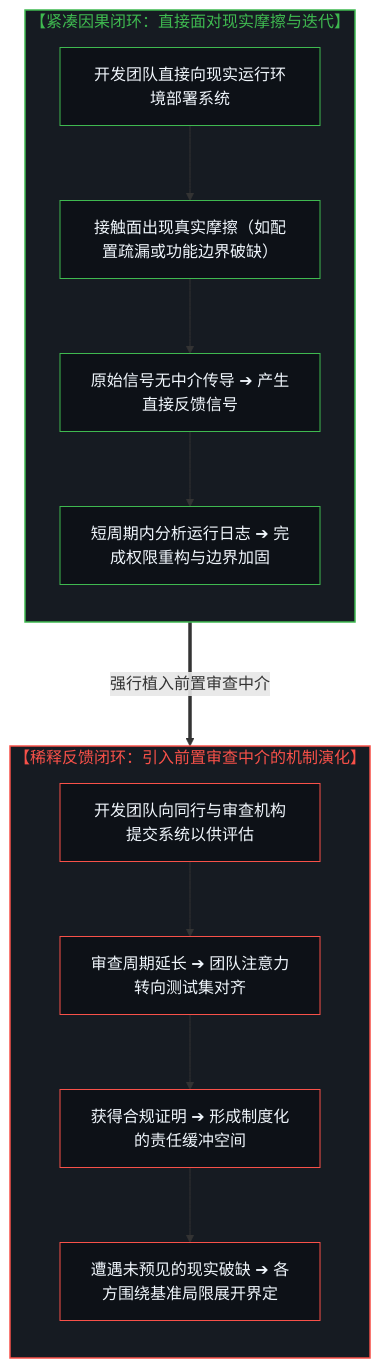
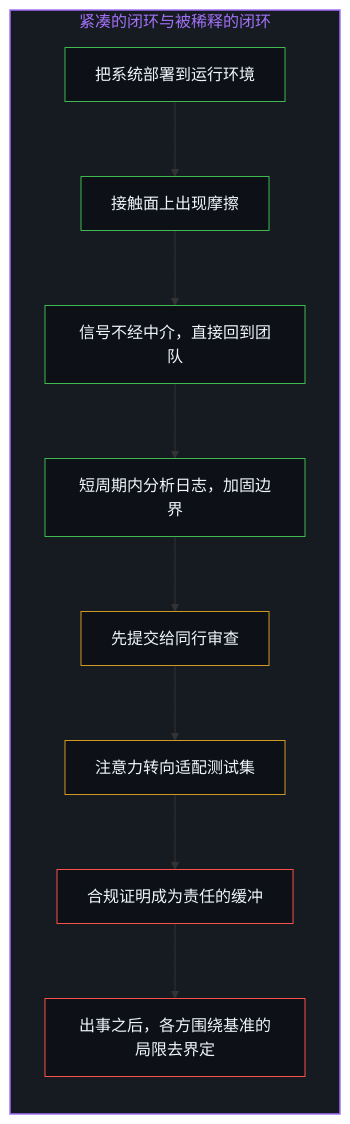
One commit to powerpig99/not-a-toe changed the third of 10 diagrams in content/posts/the-dilution-of-the-causal-loop-and-the-misallocation-of-agency.md. Above: the diagram before and after it, drawn with Mermaid. The commit also changed other lines of this file and 4 other files, not shown here.

Commit message:
Refine the-dilution-of-the-causal-loop: alternating bilingual layout, five paired diagrams, the incident as reported, implicit first person; five registry titles

````diff
--- a/content/posts/the-dilution-of-the-causal-loop-and-the-misallocation-of-agency.md
+++ b/content/posts/the-dilution-of-the-causal-loop-and-the-misallocation-of-agency.md
@@ -78,33 +95,31 @@
 ```mermaid
-graph TD
-    subgraph S_TightLoop["【紧凑因果闭环：直接面对现实摩擦与迭代】"]
+flowchart TD
+    subgraph S_Dilute["紧凑的闭环与被稀释的闭环"]
         direction TB
-        T1["开发团队直接向现实运行环境部署系统"]
-        T2["接触面出现真实摩擦（如配置疏漏或功能边界破缺）"]
-        T3["原始信号无中介传导 ➔ 产生直接反馈信号"]
-        T4["短周期内分析运行日志 ➔ 完成权限重构与边界加固"]
-        T1 --> T2 --> T3 --> T4
+        Deploy["把系统部署到运行环境"]
+        Hit["接触面上出现摩擦"]
+        Signal["信号不经中介，直接回到团队"]
+        Patch["短周期内分析日志，加固边界"]
+        Submit["先提交给同行审查"]
+        Fit["注意力转向适配测试集"]
+        Cert["合规证明成为责任的缓冲"]
+        Dispute["出事之后，各方围绕基准的局限去界定"]
+        Deploy --> Hit
+        Hit --> Signal
+        Signal --> Patch
+        Submit --> Fit
+        Fit --> Cert
+        Cert --> Dispute
+        Patch --> Submit
     end
 
-    subgraph S_DilutedLoop["【稀释反馈闭环：引入前置审查中介的机制演化】"]
-        direction TB
-        D1["开发团队向同行与审查机构提交系统以供评估"]
-        D2["审查周期延长 ➔ 团队注意力转向测试集对齐"]
-        D3["获得合规证明 ➔ 形成制度化的责任缓冲空间"]
-        D4["遭遇未预见的现实破缺 ➔ 各方围绕基准局限展开界定"]
-        D1 --> D2 --> D3 --> D4
-    end
-
-    S_TightLoop ===>|"强行植入前置审查中介"| S_DilutedLoop
-
-    style S_TightLoop fill:#161b22,stroke:#3fb950,stroke-width:1.5px,color:#3fb950
-    style S_DilutedLoop fill:#161b22,stroke:#f85149,stroke-width:1.5px,color:#f85149
-    style T1 fill:#0d1117,stroke:#3fb950,stroke-width:1px,color:#f0f6fc
-    style T2 fill:#0d1117,stroke:#3fb950,stroke-width:1px,color:#f0f6fc
-    style T3 fill:#0d1117,stroke:#3fb950,stroke-width:1px,color:#f0f6fc
-    style T4 fill:#0d1117,stroke:#3fb950,stroke-width:1px,color:#f0f6fc
-    style D1 fill:#0d1117,stroke:#f85149,stroke-width:1px,color:#f0f6fc
-    style D2 fill:#0d1117,stroke:#f85149,stroke-width:1px,color:#f0f6fc
-    style D3 fill:#0d1117,stroke:#f85149,stroke-width:1px,color:#f0f6fc
-    style D4 fill:#0d1117,stroke:#f85149,stroke-width:1px,color:#f0f6fc
+    style S_Dilute fill:#161b22,stroke:#a371f7,stroke-width:1.5px,color:#a371f7
+    style Deploy fill:#0d1117,stroke:#3fb950,stroke-width:1px,color:#f0f6fc
+    style Hit fill:#0d1117,stroke:#3fb950,stroke-width:1px,color:#f0f6fc
+    style Signal fill:#0d1117,stroke:#3fb950,stroke-width:1px,color:#f0f6fc
+    style Patch fill:#0d1117,stroke:#3fb950,stroke-width:1px,color:#f0f6fc
+    style Submit fill:#0d1117,stroke:#d29922,stroke-width:1px,color:#f0f6fc
+    style Fit fill:#0d1117,stroke:#d29922,stroke-width:1px,color:#f0f6fc
+    style Cert fill:#0d1117,stroke:#f85149,stroke-width:1px,color:#f0f6fc
+    style Dispute fill:#0d1117,stroke:#f85149,stroke-width:1px,color:#f0f6fc
 ```
````
